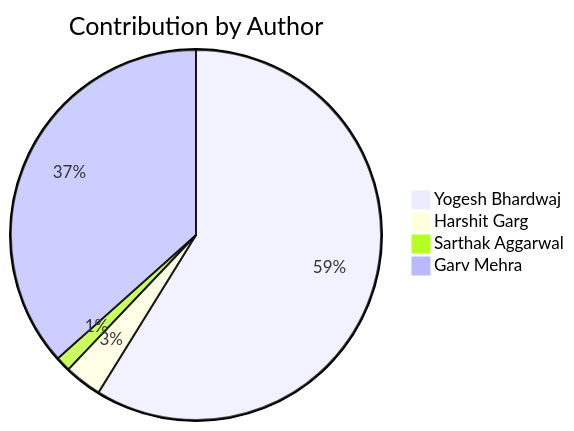
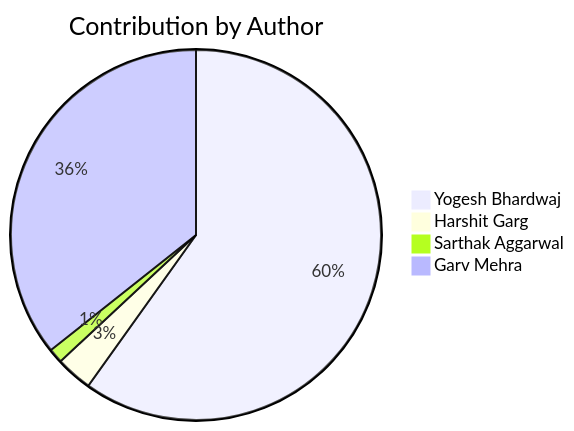
Before and after one commit to Yogesh-Bhardwaj-hue/Scm-Final_2.0: the second of 2 diagrams in README.md, drawn with Mermaid. The commit also changed other lines of this file, not shown here.

Commit message:
Update contribution charts

````diff
--- a/README.md
+++ b/README.md
@@ -192,7 +192,7 @@
 ```mermaid
 pie title Contribution by Author
-    "Yogesh Bhardwaj": 90
+    "Yogesh Bhardwaj": 94
     "Harshit Garg": 5
     "Sarthak Aggarwal": 2
     "Garv Mehra": 56
 ```
````
